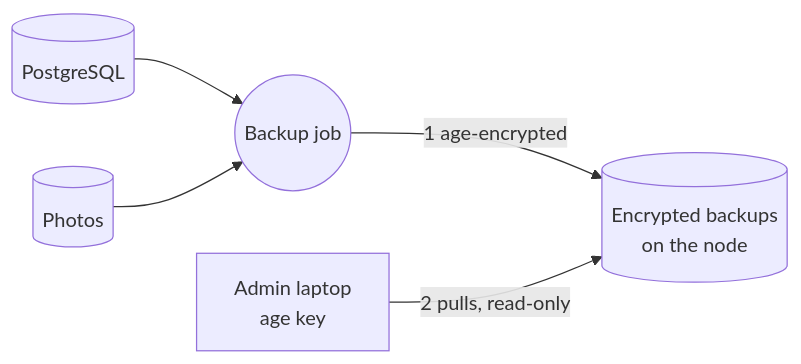
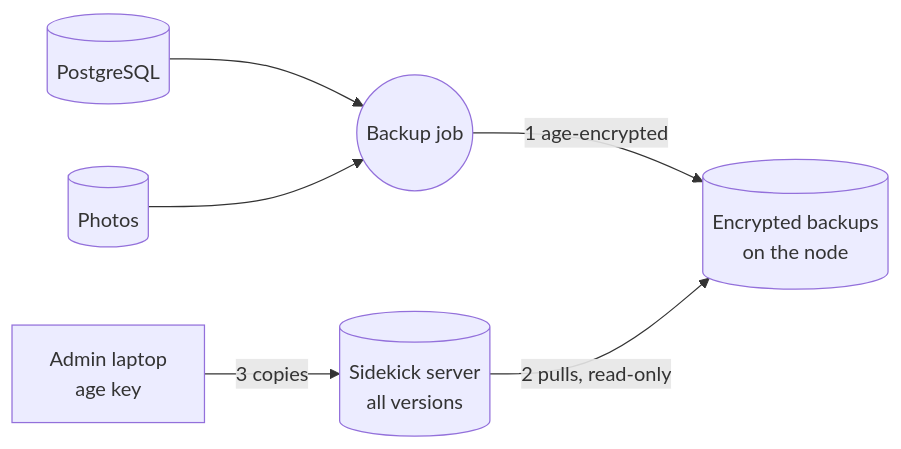
Before and after one commit to DimiJonas/dk-platform: the seventh of 7 diagrams in docs/threat-model.md, drawn with Mermaid. The commit also changed other lines of this file and 13 other files, not shown here.

````diff
--- a/docs/threat-model.md
+++ b/docs/threat-model.md
@@ -346,12 +296,14 @@
 ```mermaid
 flowchart LR
   pg[("PostgreSQL")]
   pv[("Photos")]
   bk(("Backup job"))
   files[("Encrypted backups<br/>on the node")]
+  side[("Sidekick server<br/>all versions")]
   laptop["Admin laptop<br/>age key"]
   pg --> bk
   pv --> bk
   bk -->|"1 age-encrypted"| files
-  laptop -->|"2 pulls, read-only"| files
+  side -->|"2 pulls, read-only"| files
+  laptop -->|"3 copies"| side
 ```
````
